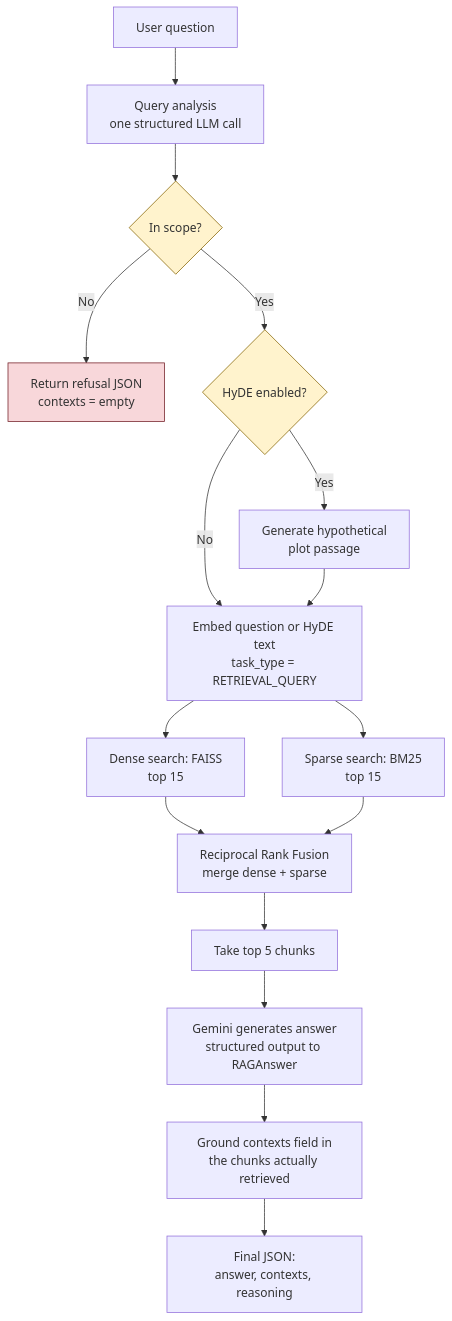
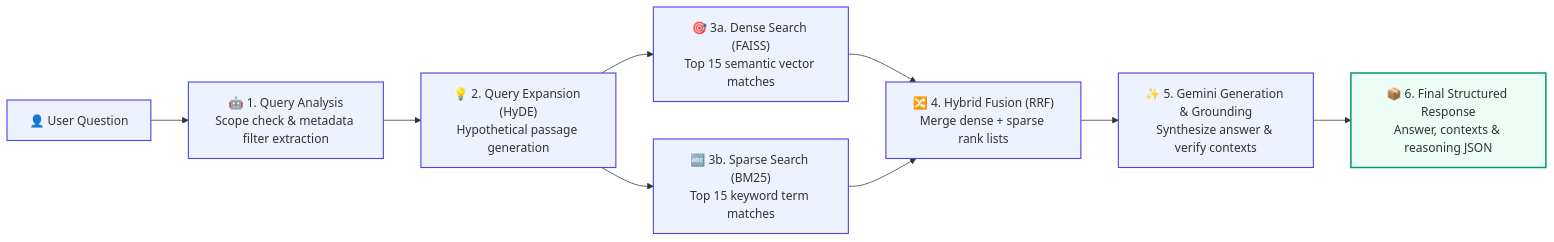
One commit to Thiwanka-Sandakalum/Mini-RAG-System-Movie-Plots changed the second of 2 diagrams in README.md. Above: the diagram before and after it, drawn with Mermaid. The commit also changed other lines of this file, not shown here.

Commit message:
docs: update README with streamlined horizontal diagrams and dataset setup guide

````diff
--- a/README.md
+++ b/README.md
@@ -33,24 +33,20 @@
 ```mermaid
-flowchart TD
-    Q["User question"] --> QA["Query analysis<br/>one structured LLM call"]
-    QA --> D1{"In scope?"}
-    D1 -- "No" --> R1["Return refusal JSON<br/>contexts = empty"]
-    D1 -- "Yes" --> HY{"HyDE enabled?"}
-    HY -- "Yes" --> HP["Generate hypothetical<br/>plot passage"]
-    HY -- "No" --> EMB
-    HP --> EMB["Embed question or HyDE text<br/>task_type = RETRIEVAL_QUERY"]
-    EMB --> DS["Dense search: FAISS<br/>top 15"]
-    EMB --> SS["Sparse search: BM25<br/>top 15"]
-    DS --> RRF["Reciprocal Rank Fusion<br/>merge dense + sparse"]
+flowchart LR
+    Q["👤 User Question"] --> QA["🤖 1. Query Analysis<br/>Scope check & metadata filter extraction"]
+    QA --> HY["💡 2. Query Expansion (HyDE)<br/>Hypothetical passage generation"]
+    
+    HY --> DS["🎯 3a. Dense Search (FAISS)<br/>Top 15 semantic vector matches"]
+    HY --> SS["🔤 3b. Sparse Search (BM25)<br/>Top 15 keyword term matches"]
+    
+    DS --> RRF["🔀 4. Hybrid Fusion (RRF)<br/>Merge dense + sparse rank lists"]
     SS --> RRF
-    RRF --> TOPK["Take top 5 chunks"]
-    TOPK --> GEN["Gemini generates answer<br/>structured output to RAGAnswer"]
-    GEN --> GR["Ground contexts field in<br/>the chunks actually retrieved"]
-    GR --> OUT["Final JSON:<br/>answer, contexts, reasoning"]
+    
+    RRF --> GEN["✨ 5. Gemini Generation & Grounding<br/>Synthesize answer & verify contexts"]
+    GEN --> OUT["📦 6. Final Structured Response<br/>Answer, contexts & reasoning JSON"]
 
-    classDef decision fill:#fff3cd,stroke:#856404,stroke-width:1px
-    classDef terminal fill:#f8d7da,stroke:#721c24,stroke-width:1px
-    class D1,HY,FL,D2 decision
-    class R1,R2 terminal
+    classDef stage fill:#eef2ff,stroke:#4f46e5,stroke-width:1.5px
+    classDef output fill:#ecfdf5,stroke:#059669,stroke-width:2px
 
+    class Q,QA,HY,DS,SS,RRF,GEN stage
+    class OUT output
 ```
````
